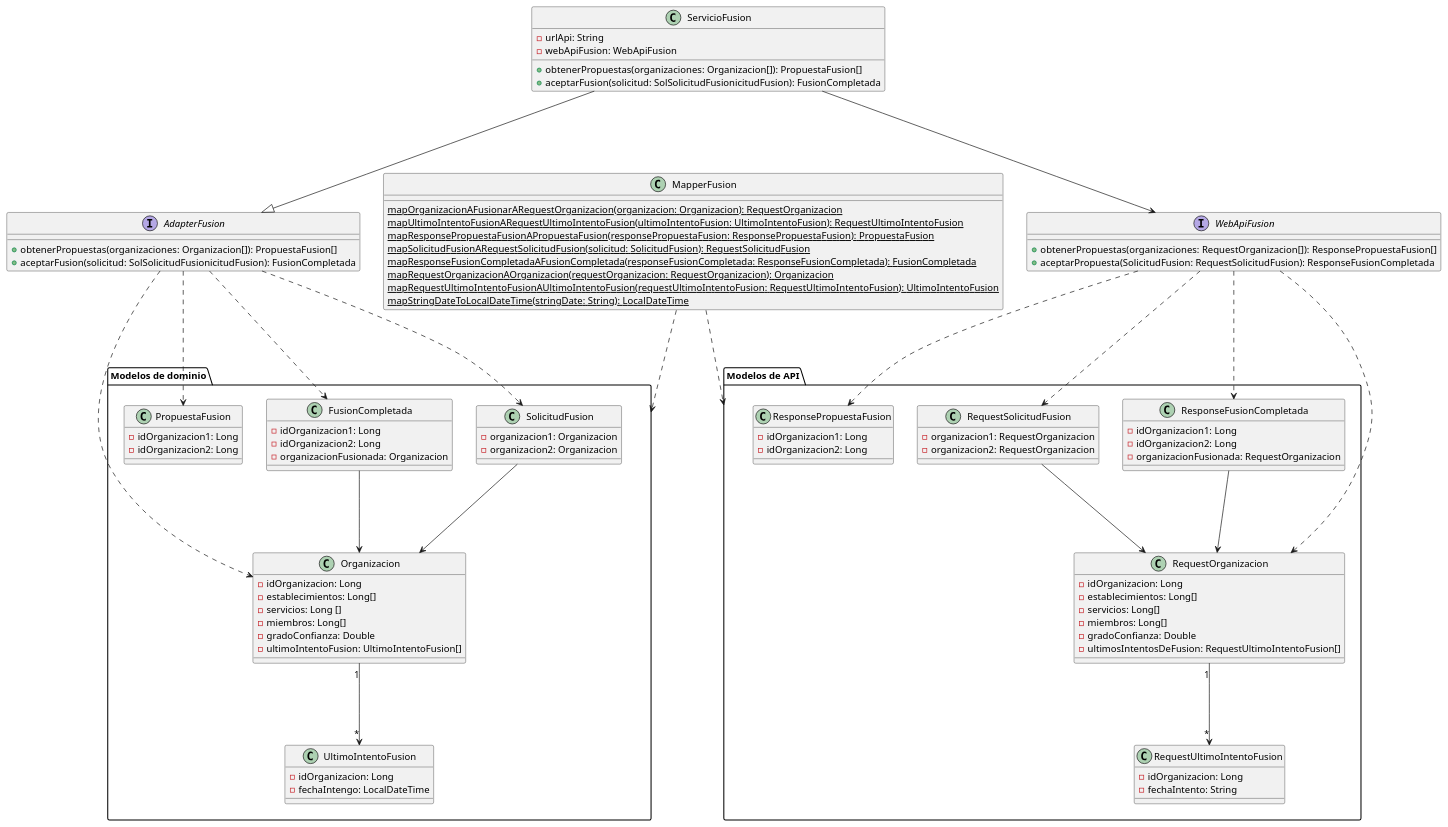
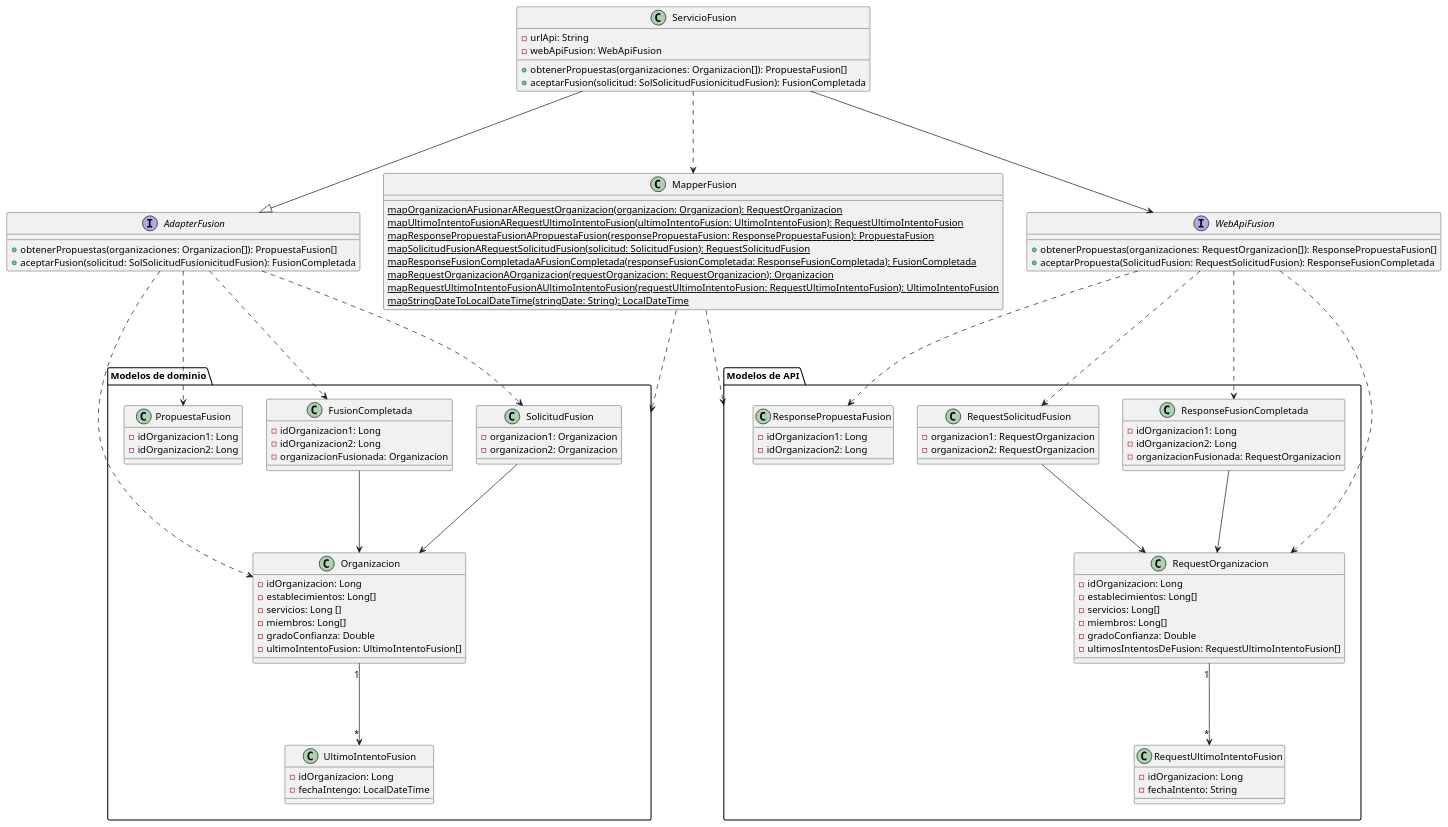
The diagram in main-project/DC/E3/fusion_organizacion/adapter.puml (mbertogliati/dds-tpa), drawn with PlantUML before and after one commit.

Commit message:
Agrego relación de ServicioFusion con mapper
Agrego relación de ServicioFusion con mapper

```diff
--- a/main-project/DC/E3/fusion_organizacion/adapter.puml
+++ b/main-project/DC/E3/fusion_organizacion/adapter.puml
@@ -1,122 +1,123 @@
 @startuml
 'https://plantuml.com/class-diagram
 
 package "Modelos de dominio" {
     
     class PropuestaFusion {
         - idOrganizacion1: Long
         - idOrganizacion2: Long
     }
 
     class FusionCompletada {
         - idOrganizacion1: Long
         - idOrganizacion2: Long
         - organizacionFusionada: Organizacion
     }
     FusionCompletada ---> Organizacion
 
     class Organizacion {
         - idOrganizacion: Long
         - establecimientos: Long[]
         - servicios: Long []
         - miembros: Long[]
         - gradoConfianza: Double
         - ultimoIntentoFusion: UltimoIntentoFusion[]
     }
     Organizacion "1" ---> "*" UltimoIntentoFusion
 
     class UltimoIntentoFusion {
         - idOrganizacion: Long
         - fechaIntengo: LocalDateTime
     }
 
     class SolicitudFusion {
         - organizacion1: Organizacion
         - organizacion2: Organizacion
     }
     SolicitudFusion ---> Organizacion
 
 }
 
 interface AdapterFusion {
     + obtenerPropuestas(organizaciones: Organizacion[]): PropuestaFusion[]
     + aceptarFusion(solicitud: SolSolicitudFusionicitudFusion): FusionCompletada
     '/+ rechazarFusion(String parametro): String'/
 }
 AdapterFusion ...> Organizacion
 AdapterFusion ...> PropuestaFusion
 AdapterFusion ...> SolicitudFusion
 AdapterFusion ...> FusionCompletada
 
 interface WebApiFusion {
     + obtenerPropuestas(organizaciones: RequestOrganizacion[]): ResponsePropuestaFusion[]
     + aceptarPropuesta(SolicitudFusion: RequestSolicitudFusion): ResponseFusionCompletada
     '/+ rechazarPropuesta(parametro: String): String'/
 }
 
 package "Modelos de API" {
 
     class RequestOrganizacion {
         - idOrganizacion: Long
         - establecimientos: Long[]
         - servicios: Long[]
         - miembros: Long[]
         - gradoConfianza: Double
         - ultimosIntentosDeFusion: RequestUltimoIntentoFusion[]
     }
     RequestOrganizacion "1" ---> "*" RequestUltimoIntentoFusion
 
     class RequestSolicitudFusion {
         - organizacion1: RequestOrganizacion
         - organizacion2: RequestOrganizacion
     }
     RequestSolicitudFusion ---> RequestOrganizacion
 
     class RequestUltimoIntentoFusion {
         - idOrganizacion: Long
         - fechaIntento: String
     }
 
     class ResponseFusionCompletada {
         - idOrganizacion1: Long
         - idOrganizacion2: Long
         - organizacionFusionada: RequestOrganizacion
     }
     ResponseFusionCompletada ---> RequestOrganizacion
 
     class ResponsePropuestaFusion {
         - idOrganizacion1: Long
         - idOrganizacion2: Long
     }
 
     WebApiFusion ...> RequestOrganizacion
     WebApiFusion ...> ResponsePropuestaFusion
     WebApiFusion ...> RequestSolicitudFusion
     WebApiFusion ...> ResponseFusionCompletada
 
 }
 
 class ServicioFusion {
     - urlApi: String
     - webApiFusion: WebApiFusion
     + obtenerPropuestas(organizaciones: Organizacion[]): PropuestaFusion[]
     + aceptarFusion(solicitud: SolSolicitudFusionicitudFusion): FusionCompletada
     '/+ rechazarFusion(String parametro): String'/
 }
 ServicioFusion ---|> AdapterFusion
 ServicioFusion ---> WebApiFusion
+ServicioFusion ...> MapperFusion
 
 class MapperFusion {
     {static} mapOrganizacionAFusionarARequestOrganizacion(organizacion: Organizacion): RequestOrganizacion
     {static} mapUltimoIntentoFusionARequestUltimoIntentoFusion(ultimoIntentoFusion: UltimoIntentoFusion): RequestUltimoIntentoFusion
     {static} mapResponsePropuestaFusionAPropuestaFusion(responsePropuestaFusion: ResponsePropuestaFusion): PropuestaFusion
     {static} mapSolicitudFusionARequestSolicitudFusion(solicitud: SolicitudFusion): RequestSolicitudFusion
     {static} mapResponseFusionCompletadaAFusionCompletada(responseFusionCompletada: ResponseFusionCompletada): FusionCompletada
     {static} mapRequestOrganizacionAOrganizacion(requestOrganizacion: RequestOrganizacion): Organizacion
     {static} mapRequestUltimoIntentoFusionAUltimoIntentoFusion(requestUltimoIntentoFusion: RequestUltimoIntentoFusion): UltimoIntentoFusion
     {static} mapStringDateToLocalDateTime(stringDate: String): LocalDateTime
 }
 MapperFusion ...> "Modelos de API"
 MapperFusion ...> "Modelos de dominio"
 
 @enduml
```
